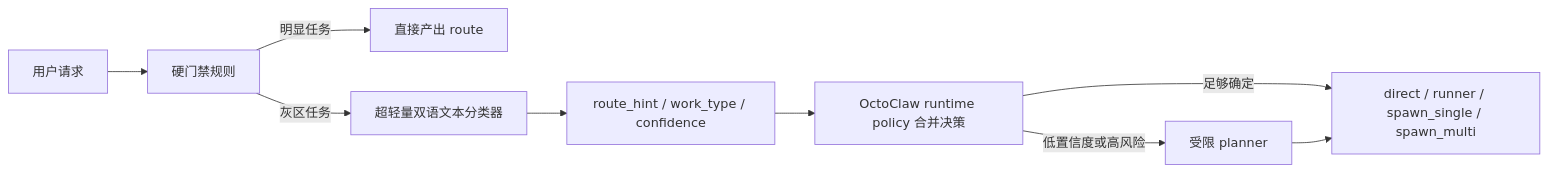
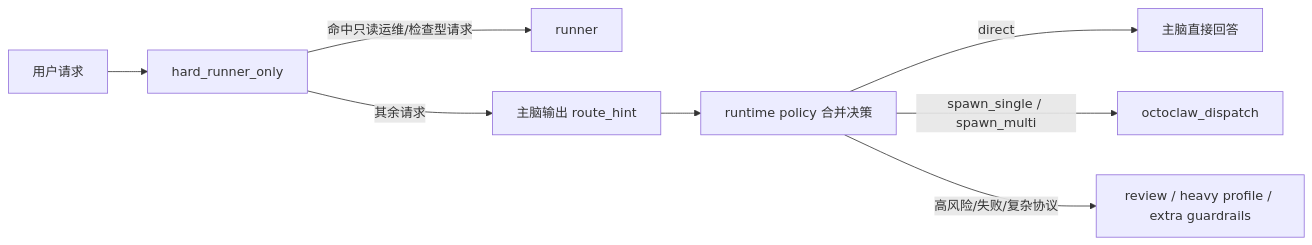
One commit to guanbear/OctoClaw changed the diagram in octoclaw-grayzone-routing-design-v1-2026-03-27.md. Above: the diagram before and after it, drawn with Mermaid. The commit also changed other lines of this file and 2 other files, not shown here.

````diff
--- a/octoclaw-grayzone-routing-design-v1-2026-03-27.md
+++ b/octoclaw-grayzone-routing-design-v1-2026-03-27.md
@@ -97,11 +91,10 @@
 ```mermaid
 flowchart LR
-    A["用户请求"] --> B["硬门禁规则"]
-    B -->|"明显任务"| C["直接产出 route"]
-    B -->|"灰区任务"| D["超轻量双语文本分类器"]
-    D --> E["route_hint / work_type / confidence"]
-    E --> F["OctoClaw runtime policy 合并决策"]
-    F -->|"低置信度或高风险"| G["受限 planner"]
-    F -->|"足够确定"| H["direct / runner / spawn_single / spawn_multi"]
-    G --> H
+    A["用户请求"] --> B["hard_runner_only"]
+    B -->|"命中只读运维/检查型请求"| C["runner"]
+    B -->|"其余请求"| D["主脑输出 route_hint"]
+    D --> E["runtime policy 合并决策"]
+    E -->|"direct"| F["主脑直接回答"]
+    E -->|"spawn_single / spawn_multi"| G["octoclaw_dispatch"]
+    E -->|"高风险/失败/复杂协议"| H["review / heavy profile / extra guardrails"]
 ```
````
